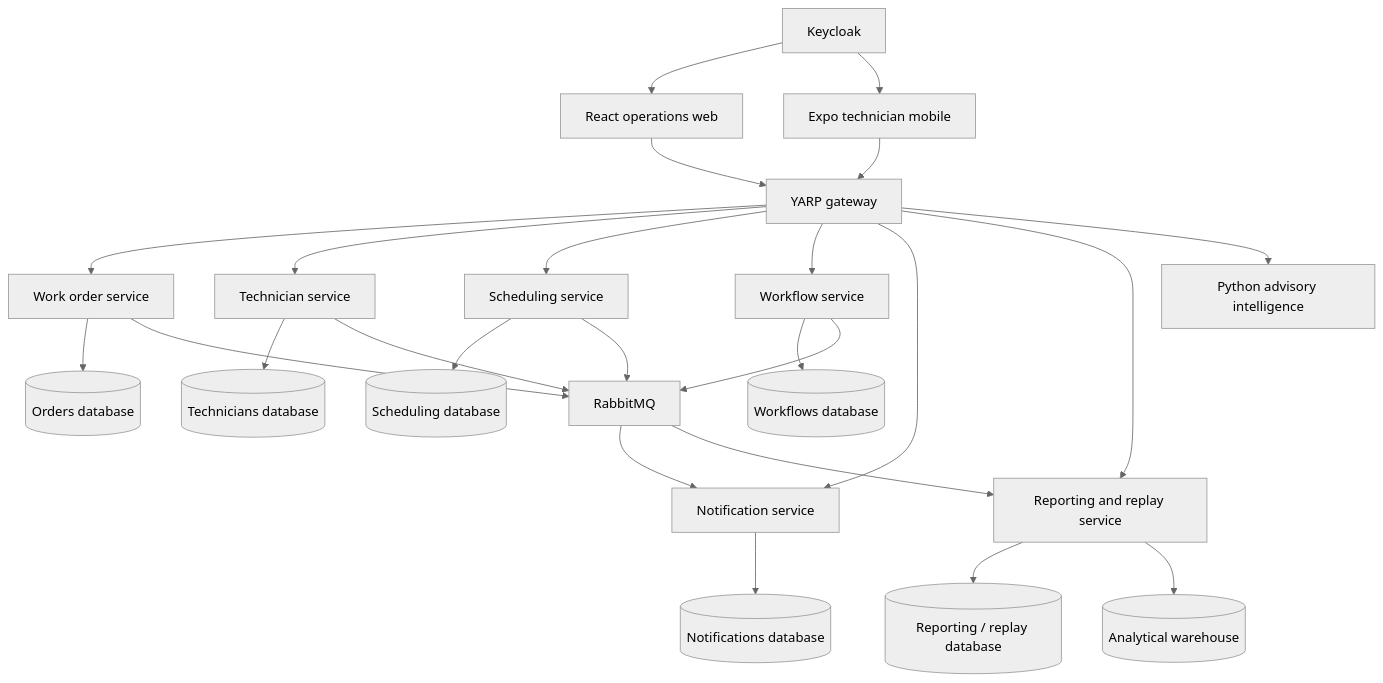
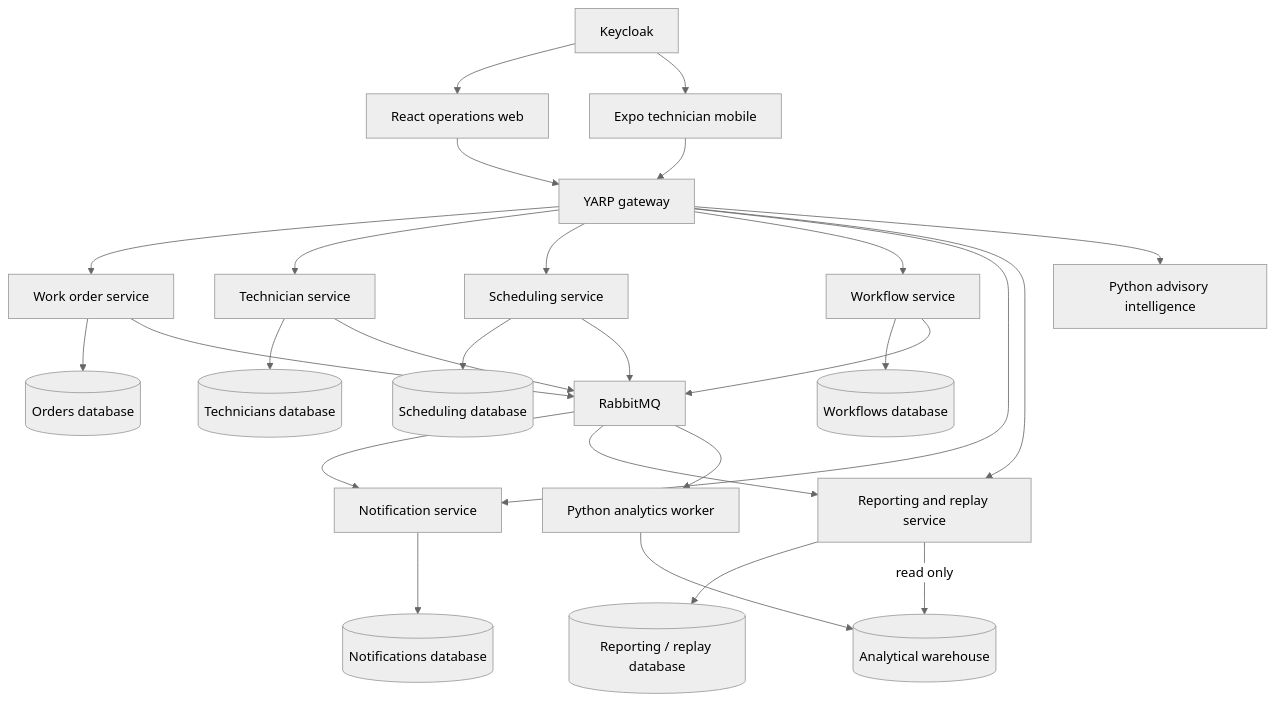
The second of 3 diagrams in docs/architecture/overview.md (tousif-anwar/fieldops3600), drawn with Mermaid (neutral theme) before and after one commit. The commit also changed other lines of this file and 16 other files, not shown here.

````diff
--- a/docs/architecture/overview.md
+++ b/docs/architecture/overview.md
@@ -42,23 +42,25 @@
 ```mermaid
 flowchart TB
   Web[React operations web] --> Gateway[YARP gateway]
   Mobile[Expo technician mobile] --> Gateway
   Identity[Keycloak] --> Web
   Identity --> Mobile
   Gateway --> Orders[Work order service]
   Gateway --> Staff[Technician service]
   Gateway --> Booking[Scheduling service]
   Gateway --> Flow[Workflow service]
   Gateway --> Alerts[Notification service]
   Gateway --> Reports[Reporting and replay service]
   Gateway --> Intelligence[Python advisory intelligence]
   Orders --> ODb[(Orders database)]
   Staff --> TDb[(Technicians database)]
   Booking --> BDb[(Scheduling database)]
   Flow --> FDb[(Workflows database)]
   Alerts --> NDb[(Notifications database)]
   Reports --> RDb[(Reporting / replay database)]
   Orders & Staff & Booking & Flow --> Bus[RabbitMQ]
   Bus --> Alerts & Reports
-  Reports --> Warehouse[(Analytical warehouse)]
+  Bus --> Worker[Python analytics worker]
+  Worker --> Warehouse[(Analytical warehouse)]
+  Reports -->|read only| Warehouse
 ```
````
